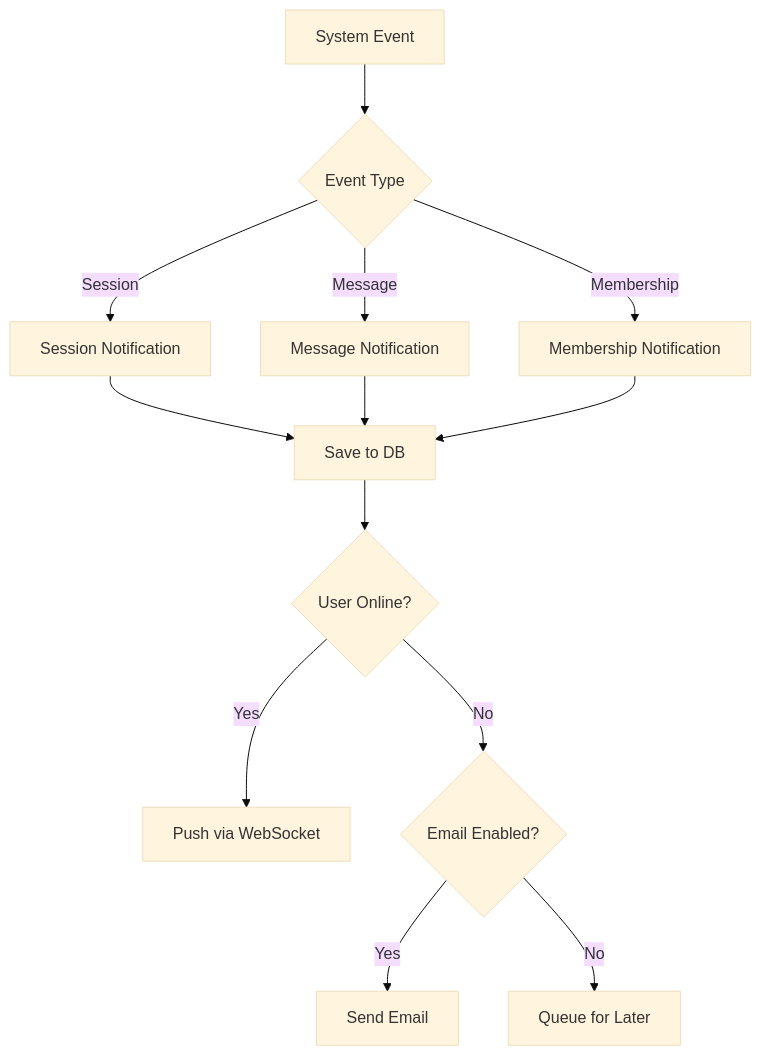
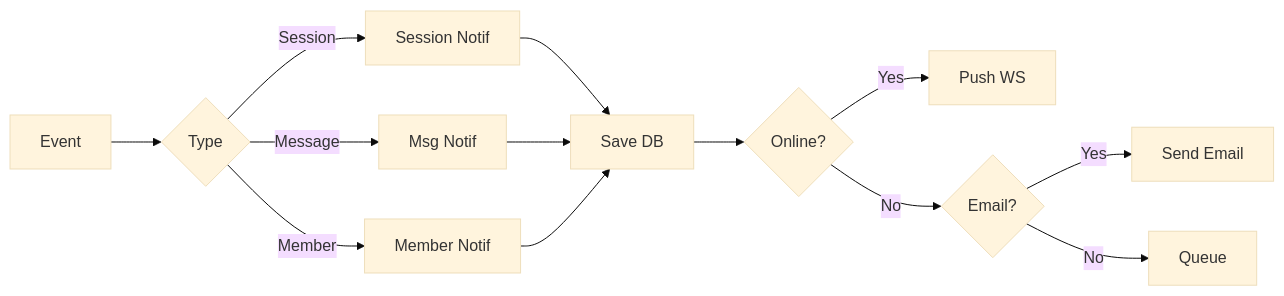
One commit to coded-with-aryan0426/gym-management-system-fullstack changed diagram 14 of 14 in docs/workflows.md. Above: the diagram before and after it, drawn with Mermaid (base theme). The commit also changed other lines of this file and 16 other files, not shown here.

````diff
--- a/docs/workflows.md
+++ b/docs/workflows.md
@@ -223,15 +234,15 @@
 ```mermaid
-flowchart TB
-    A[System Event] --> B{Event Type}
-    B -->|Session| C[Session Notification]
-    B -->|Message| D[Message Notification]
-    B -->|Membership| E[Membership Notification]
-    C --> F[Save to DB]
+flowchart LR
+    A[Event] --> B{Type}
+    B -->|Session| C[Session Notif]
+    B -->|Message| D[Msg Notif]
+    B -->|Member| E[Member Notif]
+    C --> F[Save DB]
     D --> F
     E --> F
-    F --> G{User Online?}
-    G -->|Yes| H[Push via WebSocket]
-    G -->|No| I{Email Enabled?}
+    F --> G{Online?}
+    G -->|Yes| H[Push WS]
+    G -->|No| I{Email?}
     I -->|Yes| J[Send Email]
-    I -->|No| K[Queue for Later]
+    I -->|No| K[Queue]
 ```
````
